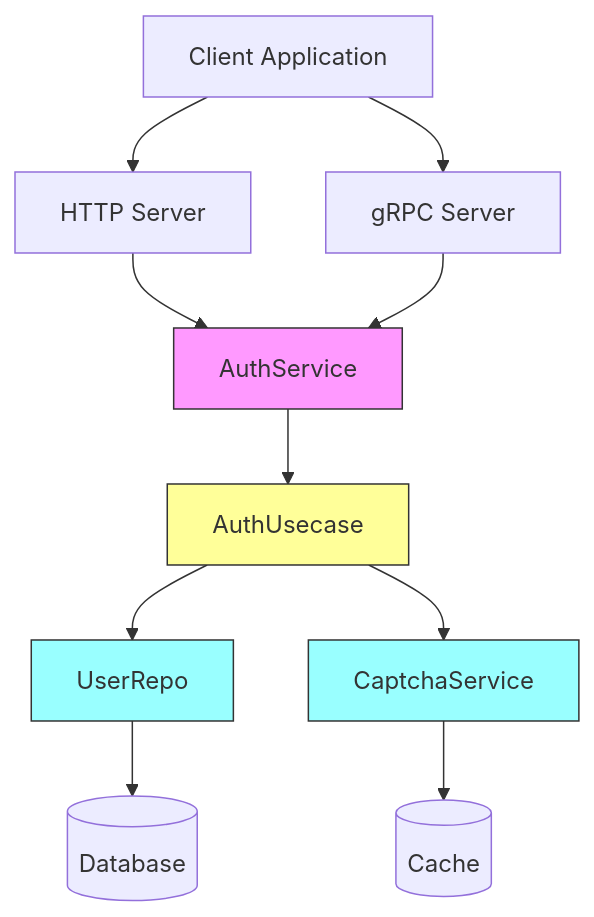
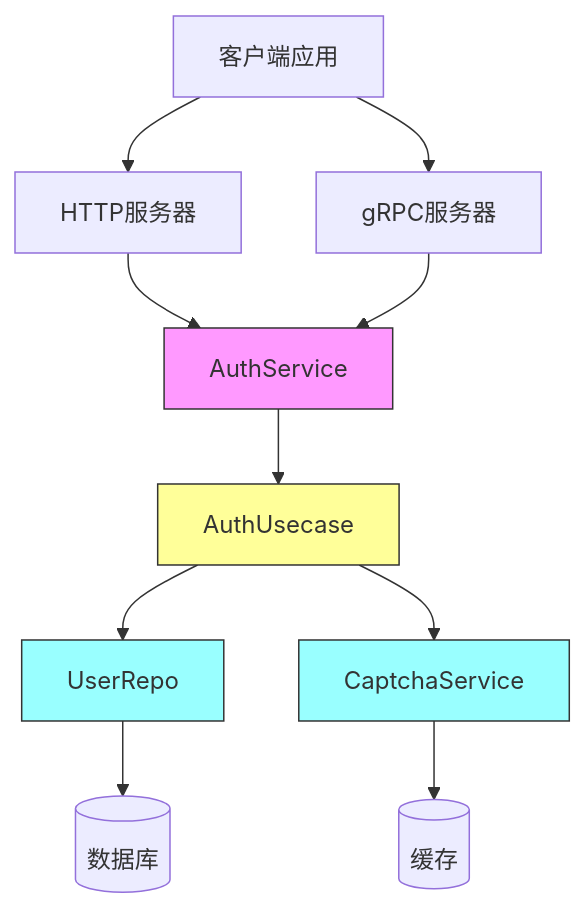
The second of 8 diagrams in .qoder/repowiki/zh/content/Development Guide/Adding New Features.md (26huitailang/kratos-boilerplate), drawn with Mermaid before and after one commit. The commit also changed other lines of this file and 62 other files, not shown here.

````diff
--- a/.qoder/repowiki/zh/content/Development Guide/Adding New Features.md
+++ b/.qoder/repowiki/zh/content/Development Guide/Adding New Features.md
@@ -81,16 +91,16 @@
 ```mermaid
 graph TD
-Client[Client Application] --> HTTP[HTTP Server]
-Client --> GRPC[gRPC Server]
+Client[客户端应用] --> HTTP[HTTP服务器]
+Client --> GRPC[gRPC服务器]
 HTTP --> AuthService[AuthService]
 GRPC --> AuthService
 AuthService --> AuthUsecase[AuthUsecase]
 AuthUsecase --> UserRepository[UserRepo]
 AuthUsecase --> CaptchaService[CaptchaService]
-UserRepository --> Database[(Database)]
-CaptchaService --> Cache[(Cache)]
+UserRepository --> Database[(数据库)]
+CaptchaService --> Cache[(缓存)]
 style AuthService fill:#f9f,stroke:#333
 style AuthUsecase fill:#ff9,stroke:#333
 style UserRepository fill:#9ff,stroke:#333
 style CaptchaService fill:#9ff,stroke:#333
 ```
````
